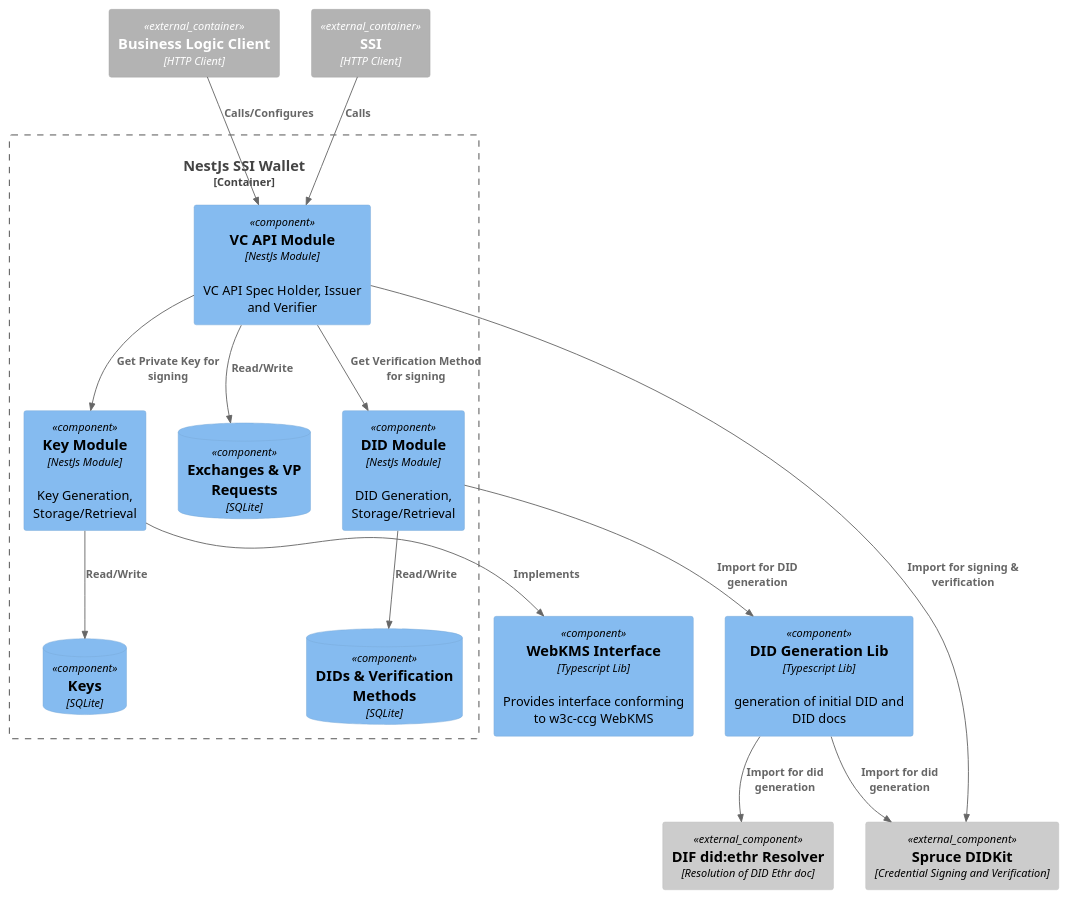
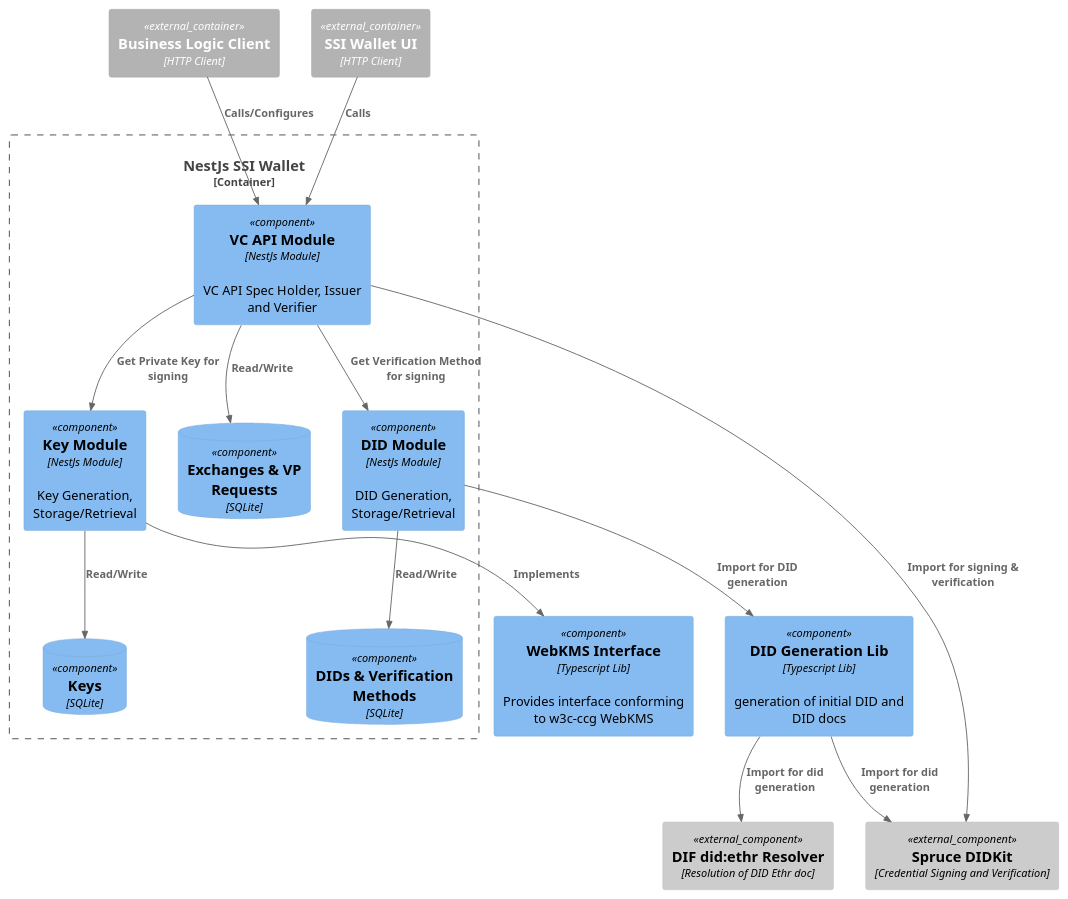
Before and after one commit to openwallet-foundation-labs/vc-api: the diagram in ssi-agent.component.puml, drawn with PlantUML.

Commit message:
docs: fix wallet ui name in arch diagram

```diff
--- a/ssi-agent.component.puml
+++ b/ssi-agent.component.puml
@@ -1,42 +1,42 @@
 @startuml ssi-agent-component
 !include https://raw.githubusercontent.com/plantuml-stdlib/C4-PlantUML/master/C4_Component.puml
 
 Container_Ext(business_logic, "Business Logic Client", "HTTP Client")
-Container_Ext(ssi_wallet_ui, "SSI", "HTTP Client")
+Container_Ext(ssi_wallet_ui, "SSI Wallet UI", "HTTP Client")
 
 Container_Boundary(nestjs_agent, "NestJs SSI Wallet") {
 
   Component(vc_api, "VC API Module", "NestJs Module", "VC API Spec Holder, Issuer and Verifier")
   ComponentDb(exchange_db, "Exchanges & VP Requests", "SQLite")
   Rel(vc_api, exchange_db, "Read/Write")
   
   Component(did, "DID Module", "NestJs Module", "DID Generation, Storage/Retrieval")
   Rel(vc_api, did, "Get Verification Method for signing")
   ComponentDb(did_db, "DIDs & Verification Methods", "SQLite")
   Rel(did, did_db, "Read/Write")
   
   Component(key, "Key Module", "NestJs Module", "Key Generation, Storage/Retrieval")
   Rel(vc_api, key, "Get Private Key for signing")
   ComponentDb(key_db, "Keys", "SQLite")
   Rel(key, key_db, "Read/Write")
 }
 
 Component(web_kms,"WebKMS Interface","Typescript Lib", "Provides interface conforming to w3c-ccg WebKMS")
 Rel(key, web_kms, "Implements")
 
 Component(did_generation,"DID Generation Lib","Typescript Lib","generation of initial DID and DID docs")
 Rel(did, did_generation, "Import for DID generation")
 
 Component_Ext(ethr_resolver, "DIF did:ethr Resolver", "Resolution of DID Ethr doc")
 Rel(did_generation, ethr_resolver, "Import for did generation")
 
 Component_Ext(didkit, "Spruce DIDKit", "Credential Signing & Verification, did:key resolution")
 Rel(did_generation, didkit, "Import for did generation")
 Rel(vc_api, didkit, "Import for signing & verification")
 
 Component_Ext(didkit, "Spruce DIDKit", "Credential Signing and Verification")
 
 Rel(business_logic, vc_api, "Calls/Configures")
 Rel(ssi_wallet_ui, vc_api, "Calls")
 
 @enduml
```
